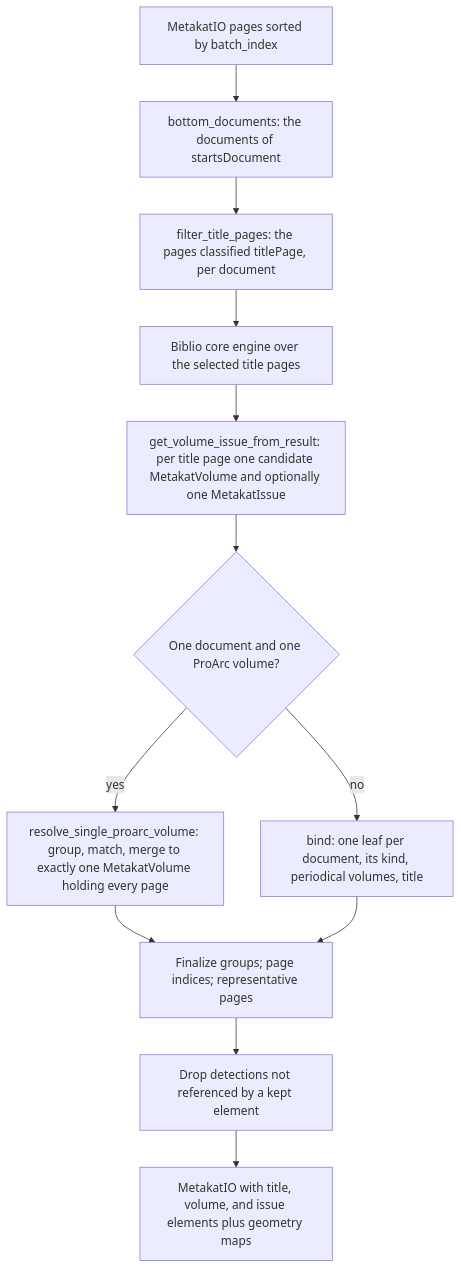
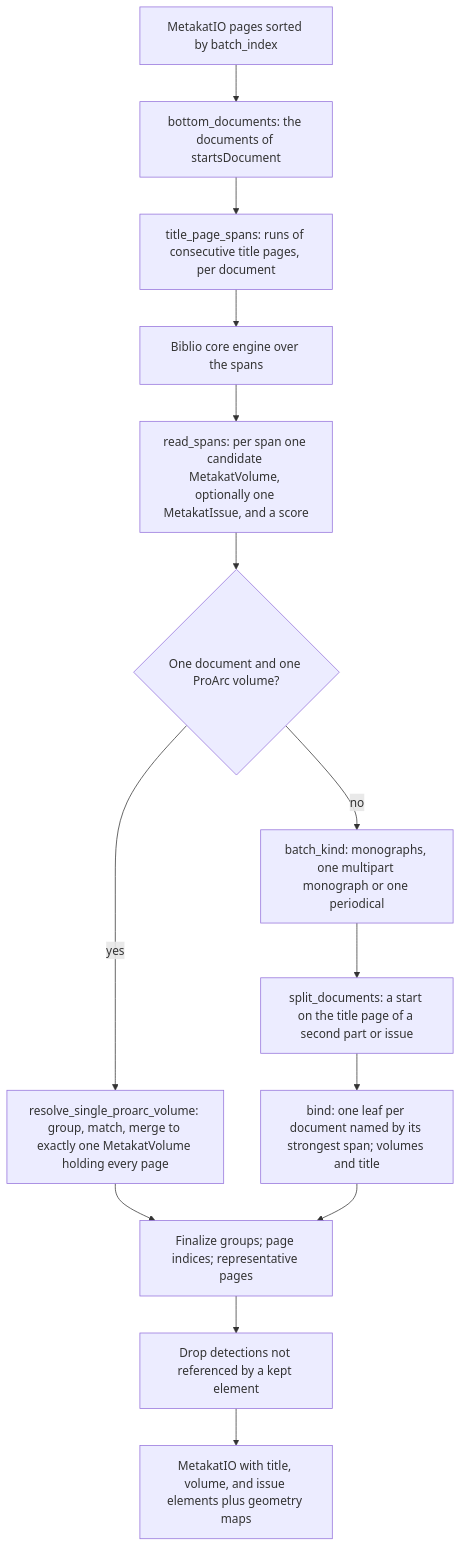
The second of 2 diagrams in metakat/biblio/README.md (DCGM/MetaKat), drawn with Mermaid before and after one commit. The commit also changed other lines of this file and 9 other files, not shown here.

First line of the commit message:
Read the title pages of each document as spans and bind by the batch kinds ProArc sends

````diff
--- a/metakat/biblio/README.md
+++ b/metakat/biblio/README.md
@@ -584,19 +621,21 @@
 ```mermaid
 flowchart TD
     A[MetakatIO pages sorted by batch_index]
     S[bottom_documents: the documents of startsDocument]
-    B[filter_title_pages: the pages classified titlePage, per document]
-    C[Biblio core engine over the selected title pages]
-    D[get_volume_issue_from_result: per title page one candidate MetakatVolume and optionally one MetakatIssue]
+    B[title_page_spans: runs of consecutive title pages, per document]
+    C[Biblio core engine over the spans]
+    D[read_spans: per span one candidate MetakatVolume, optionally one MetakatIssue, and a score]
     E{One document and one ProArc volume?}
     F[resolve_single_proarc_volume: group, match, merge to exactly one MetakatVolume holding every page]
-    G[bind: one leaf per document, its kind, periodical volumes, title]
+    K1[batch_kind: monographs, one multipart monograph or one periodical]
+    P[split_documents: a start on the title page of a second part or issue]
+    G[bind: one leaf per document named by its strongest span; volumes and title]
     I[Finalize groups; page indices; representative pages]
     J[Drop detections not referenced by a kept element]
     K[MetakatIO with title, volume, and issue elements plus geometry maps]
 
     A --> S --> B --> C --> D --> E
     E -- yes --> F --> I
-    E -- no --> G --> I
+    E -- no --> K1 --> P --> G --> I
     I --> J --> K
 ```
````
